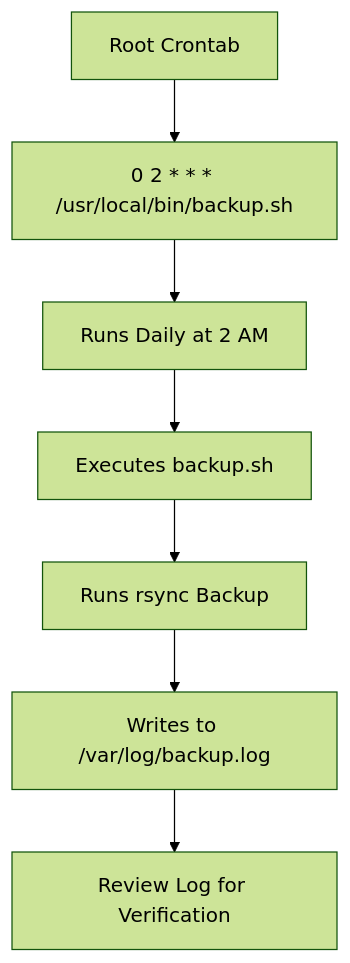
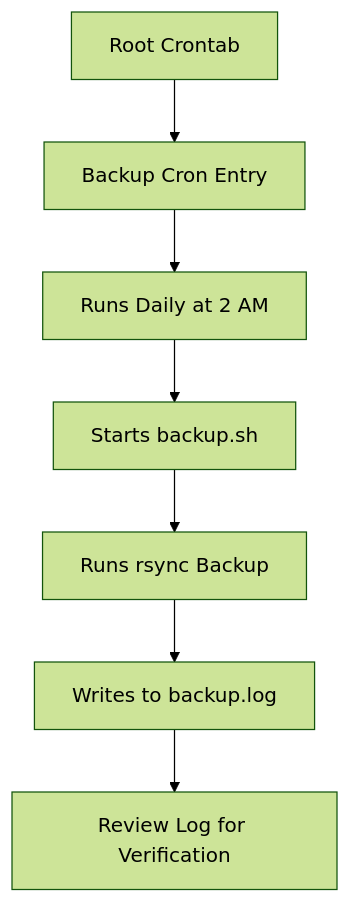
The fifth of 10 diagrams in Automation/Diagrams.md (waltercalderonwork255-hue/SysAdmin-HomeLab), drawn with Mermaid (forest theme) before and after one commit. The commit also changed other lines of this file, not shown here.

````diff
--- a/Automation/Diagrams.md
+++ b/Automation/Diagrams.md
@@ -127,9 +118,9 @@
 ```mermaid
 flowchart TD
-    A[Root Crontab] --> B[0 2 * * * /usr/local/bin/backup.sh]
-    B --> C[Runs Daily at 2 AM]
-    C --> D[Executes backup.sh]
-    D --> E[Runs rsync Backup]
-    E --> F[Writes to /var/log/backup.log]
-    F --> G[Review Log for Verification]
+    A["Root Crontab"] --> B["Backup Cron Entry"]
+    B --> C["Runs Daily at 2 AM"]
+    C --> D["Starts backup.sh"]
+    D --> E["Runs rsync Backup"]
+    E --> F["Writes to backup.log"]
+    F --> G["Review Log for Verification"]
 ```
````
